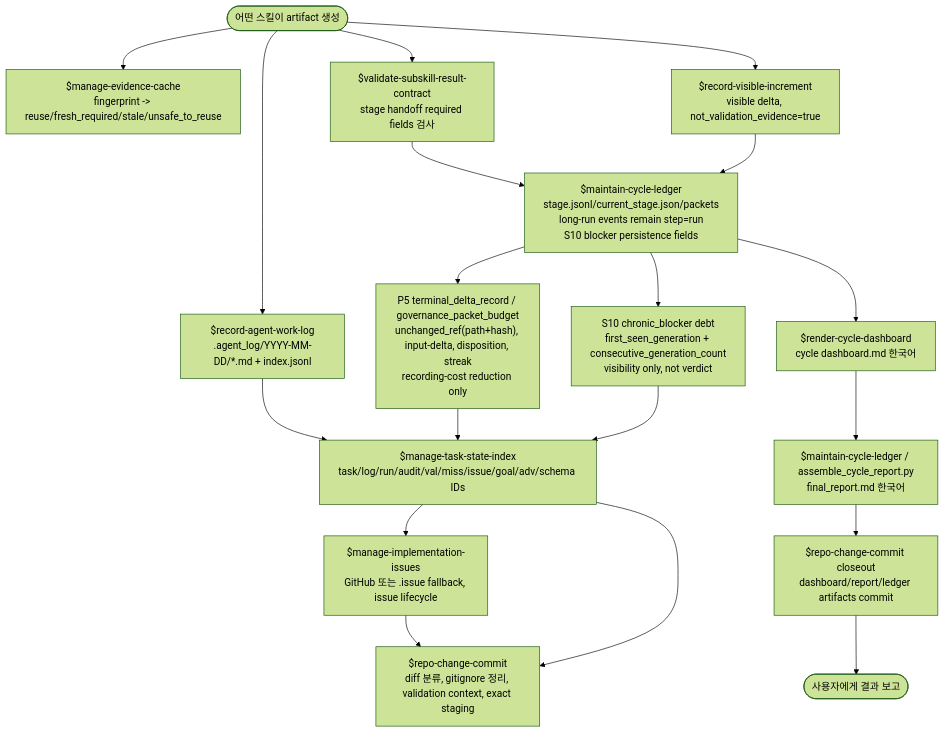
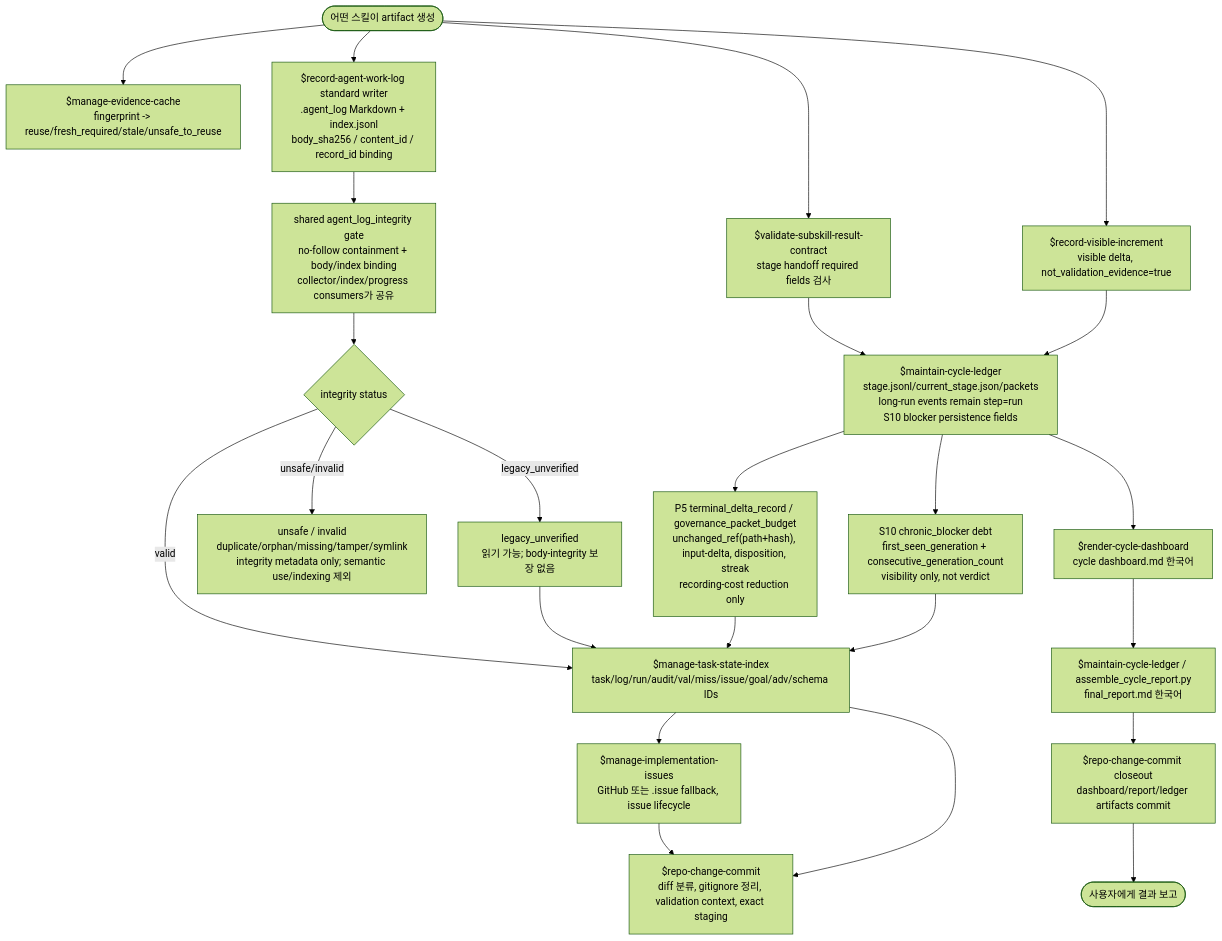
Before and after one commit to sw1029/workflow_swfool: the fifth of 8 diagrams in README.md, drawn with Mermaid (forest theme). The commit also changed other lines of this file and 59 other files, not shown here.

````diff
--- a/README.md
+++ b/README.md
@@ -266,30 +270,36 @@
 ```mermaid
 flowchart TD
   Evidence([어떤 스킬이 artifact 생성])
   Cache["$manage-evidence-cache<br/>fingerprint -> reuse/fresh_required/stale/unsafe_to_reuse"]
-  Log["$record-agent-work-log<br/>.agent_log/YYYY-MM-DD/*.md + index.jsonl"]
+  Log["$record-agent-work-log standard writer<br/>.agent_log Markdown + index.jsonl<br/>body_sha256 / content_id / record_id binding"]
+  LogIntegrity["shared agent_log_integrity gate<br/>no-follow containment + body/index binding<br/>collector/index/progress consumers가 공유"]
+  LogClass{"integrity status"}
+  Legacy["legacy_unverified<br/>읽기 가능; body-integrity 보장 없음"]
+  Invalid["unsafe / invalid<br/>duplicate/orphan/missing/tamper/symlink<br/>integrity metadata only; semantic use/indexing 제외"]
   Ledger["$maintain-cycle-ledger<br/>stage.jsonl/current_stage.json/packets<br/>long-run events remain step=run<br/>S10 blocker persistence fields"]
   TerminalDelta["P5 terminal_delta_record / governance_packet_budget<br/>unchanged_ref(path+hash), input-delta, disposition, streak<br/>recording-cost reduction only"]
   Chronic["S10 chronic_blocker debt<br/>first_seen_generation + consecutive_generation_count<br/>visibility only, not verdict"]
   Contract["$validate-subskill-result-contract<br/>stage handoff required fields 검사"]
   Index["$manage-task-state-index<br/>task/log/run/audit/val/miss/issue/goal/adv/schema IDs"]
   Visible["$record-visible-increment<br/>visible delta, not_validation_evidence=true"]
   Issue["$manage-implementation-issues<br/>GitHub 또는 .issue fallback, issue lifecycle"]
   Commit["$repo-change-commit<br/>diff 분류, gitignore 정리, validation context, exact staging"]
   Dashboard["$render-cycle-dashboard<br/>cycle dashboard.md 한국어"]
   Report["$maintain-cycle-ledger / assemble_cycle_report.py<br/>final_report.md 한국어"]
   Closeout["$repo-change-commit closeout<br/>dashboard/report/ledger artifacts commit"]
   User([사용자에게 결과 보고])
 
   Evidence --> Cache
-  Evidence --> Log
+  Evidence --> Log --> LogIntegrity --> LogClass
   Evidence --> Contract --> Ledger
-  Log --> Index
+  LogClass -- valid --> Index
+  LogClass -- legacy_unverified --> Legacy --> Index
+  LogClass -- unsafe/invalid --> Invalid
   Ledger --> TerminalDelta --> Index
   Ledger --> Chronic --> Index
   Evidence --> Visible --> Ledger
   Index --> Issue
   Issue --> Commit
   Index --> Commit
   Ledger --> Dashboard --> Report --> Closeout --> User
 ```
````
